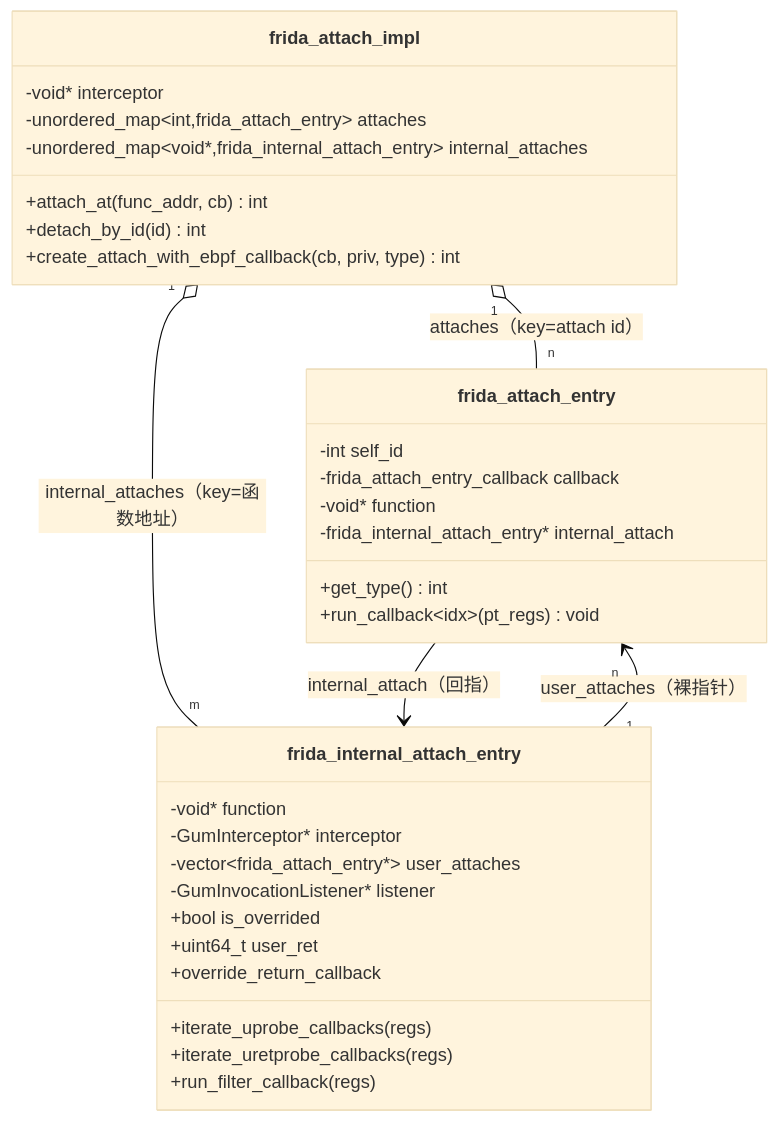
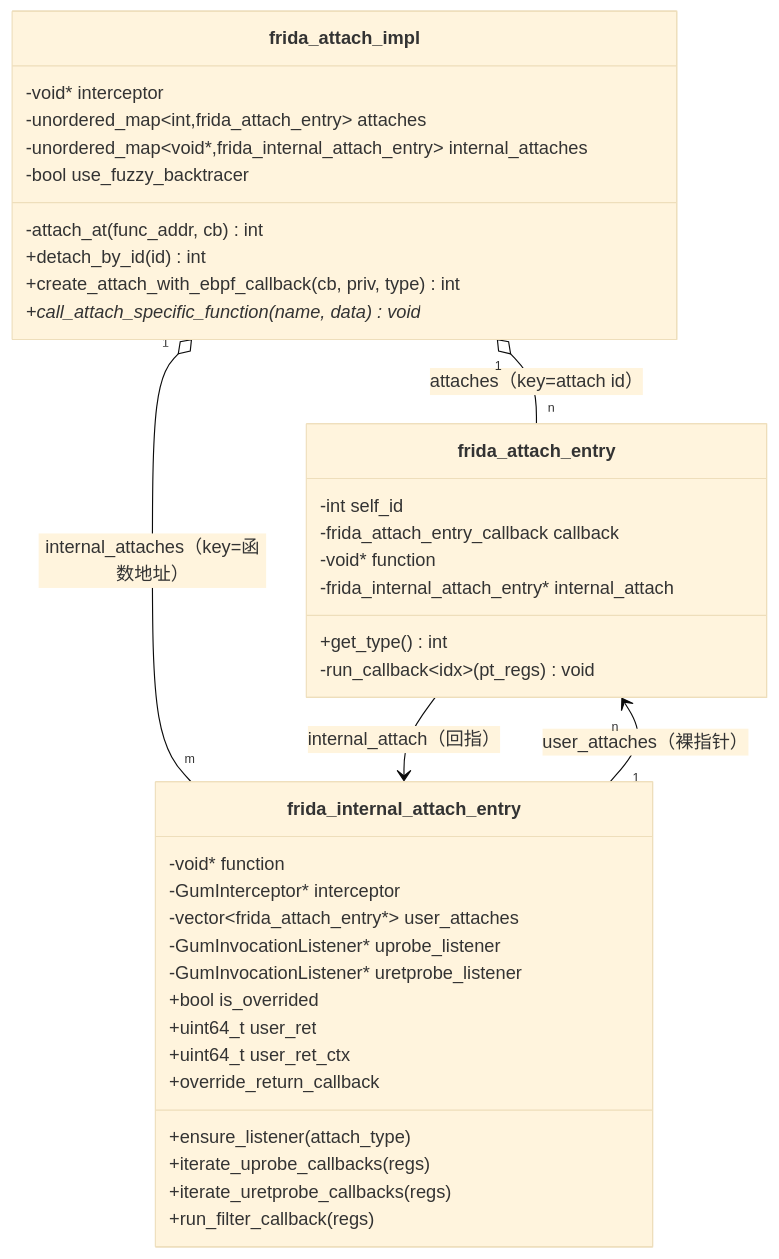
One commit to plsy1/bpftime-benchmark changed the first of 2 diagrams in 04-attach-frida.md. Above: the diagram before and after it, drawn with Mermaid (base theme). The commit also changed other lines of this file and 9 other files, not shown here.

````diff
--- a/04-attach-frida.md
+++ b/04-attach-frida.md
@@ -68,35 +104,40 @@
 ```mermaid
 classDiagram
     class frida_attach_impl {
         -void* interceptor
         -unordered_map~int,frida_attach_entry~ attaches
         -unordered_map~void*,frida_internal_attach_entry~ internal_attaches
-        +attach_at(func_addr, cb) int
+        -bool use_fuzzy_backtracer
+        -attach_at(func_addr, cb) int
         +detach_by_id(id) int
         +create_attach_with_ebpf_callback(cb, priv, type) int
+        +call_attach_specific_function(name, data) void*
     }
     class frida_attach_entry {
         -int self_id
         -frida_attach_entry_callback callback
         -void* function
         -frida_internal_attach_entry* internal_attach
         +get_type() int
-        +run_callback~idx~(pt_regs) void
+        -run_callback~idx~(pt_regs) void
     }
     class frida_internal_attach_entry {
         -void* function
         -GumInterceptor* interceptor
         -vector~frida_attach_entry*~ user_attaches
-        -GumInvocationListener* listener
+        -GumInvocationListener* uprobe_listener
+        -GumInvocationListener* uretprobe_listener
         +bool is_overrided
         +uint64_t user_ret
+        +uint64_t user_ret_ctx
         +override_return_callback
+        +ensure_listener(attach_type)
         +iterate_uprobe_callbacks(regs)
         +iterate_uretprobe_callbacks(regs)
         +run_filter_callback(regs)
     }
     frida_attach_impl "1" o-- "n" frida_attach_entry : attaches（key=attach id）
     frida_attach_impl "1" o-- "m" frida_internal_attach_entry : internal_attaches（key=函数地址）
     frida_internal_attach_entry "1" --> "n" frida_attach_entry : user_attaches（裸指针）
     frida_attach_entry --> frida_internal_attach_entry : internal_attach（回指）
 ```
````
